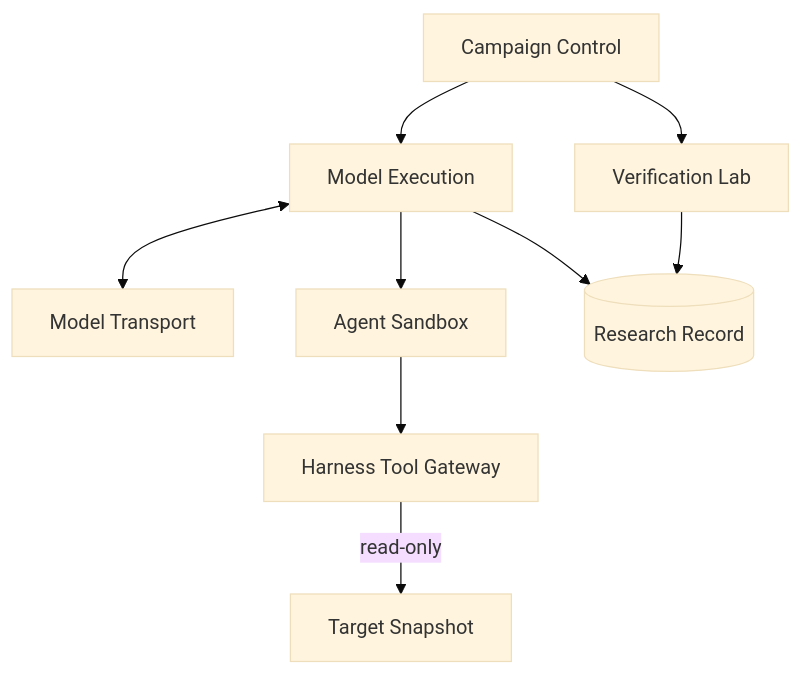
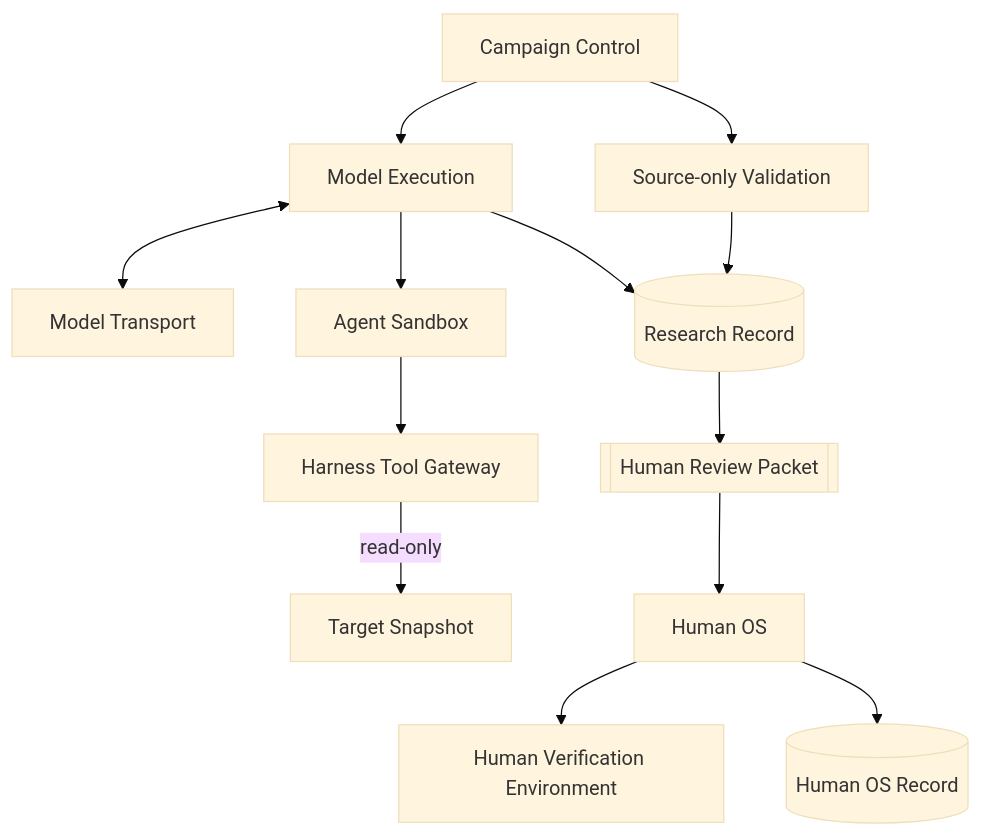
The third of 3 diagrams in docs/design/architecture/architecture-overview.md (momoponwork1415-lgtm/wordpress-harness), drawn with Mermaid (base theme) before and after one commit. The commit also changed other lines of this file and 25 other files, not shown here.

Commit message:
Define source validation and human verification

````diff
--- a/docs/design/architecture/architecture-overview.md
+++ b/docs/design/architecture/architecture-overview.md
@@ -100,17 +100,22 @@
 ```mermaid
 flowchart TB
     control["Campaign Control"]
     execution["Model Execution"]
     provider["Model Transport"]
     sandbox["Agent Sandbox"]
     tools["Harness Tool Gateway"]
     target["Target Snapshot"]
-    lab["Verification Lab"]
+    validation["Source-only Validation"]
+    packet[["Human Review Packet"]]
+    human["Human OS"]
+    humanLab["Human Verification Environment"]
     record[("Research Record")]
+    humanRecord[("Human OS Record")]
 
     control --> execution <--> provider
     execution --> sandbox --> tools -->|"read-only"| target
-    control --> lab
-    lab --> record
+    control --> validation --> record
     execution --> record
+    record --> packet --> human --> humanLab
+    human --> humanRecord
 ```
````
